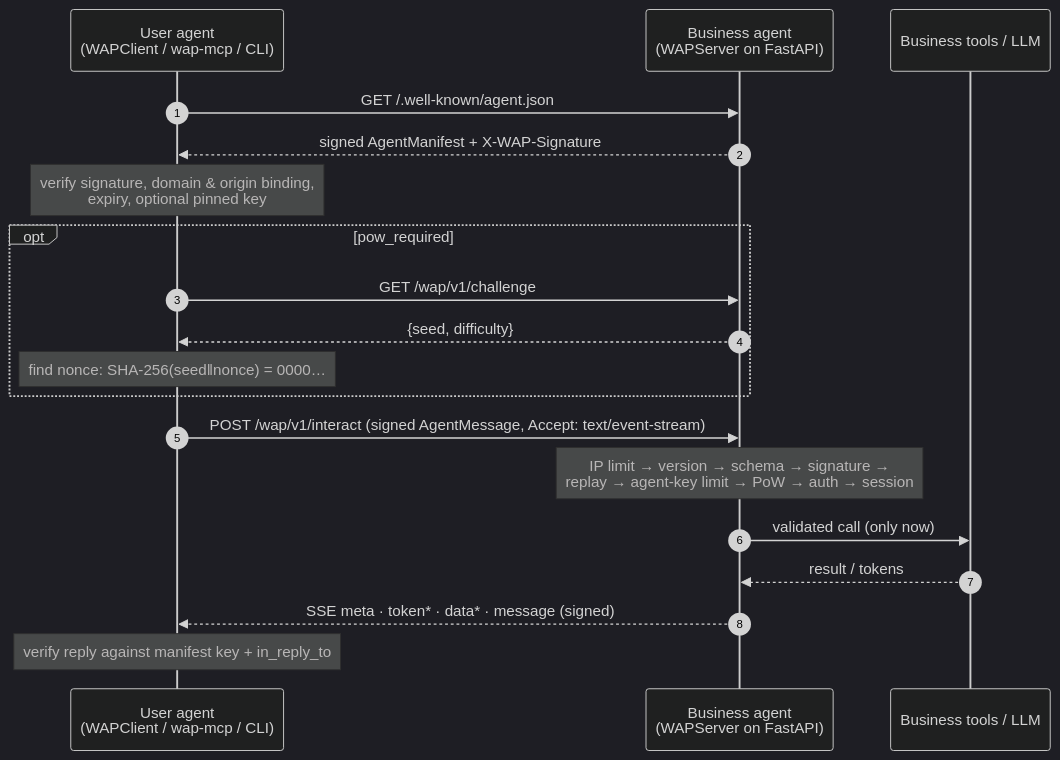
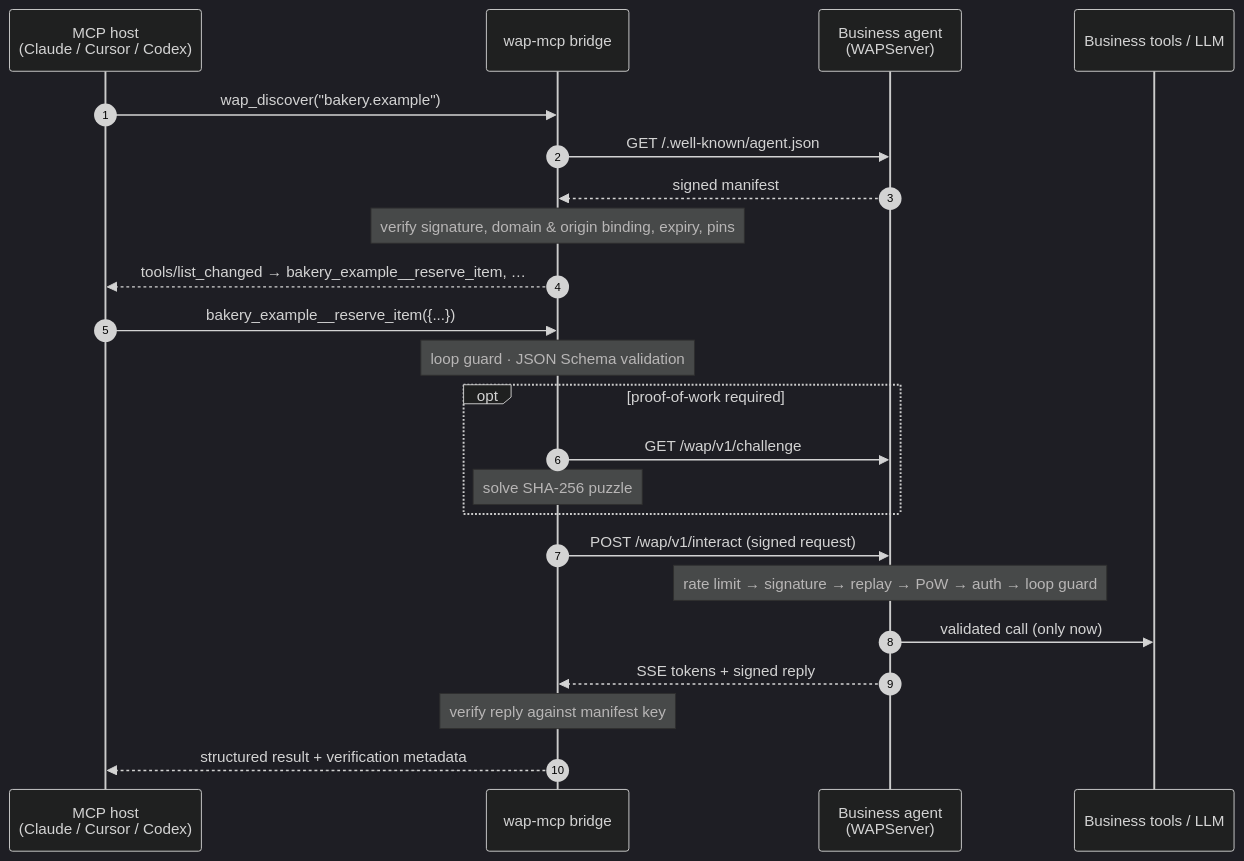
The diagram in README.md (varadganjoo/WebAgent-Protocol), drawn with Mermaid (dark theme) before and after one commit. The commit also changed other lines of this file and 13 other files, not shown here.

````diff
--- a/README.md
+++ b/README.md
@@ -50,22 +192,26 @@
 ```mermaid
 sequenceDiagram
     autonumber
-    participant U as User agent<br/>(WAPClient / wap-mcp / CLI)
-    participant B as Business agent<br/>(WAPServer on FastAPI)
+    participant H as MCP host<br/>(Claude / Cursor / Codex)
+    participant Br as wap-mcp bridge
+    participant B as Business agent<br/>(WAPServer)
     participant T as Business tools / LLM
 
-    U->>B: GET /.well-known/agent.json
-    B-->>U: signed AgentManifest + X-WAP-Signature
-    Note over U: verify signature, domain & origin binding,<br/>expiry, optional pinned key
-    opt pow_required
-        U->>B: GET /wap/v1/challenge
-        B-->>U: {seed, difficulty}
-        Note over U: find nonce: SHA-256(seed‖nonce) = 0000…
+    H->>Br: wap_discover("bakery.example")
+    Br->>B: GET /.well-known/agent.json
+    B-->>Br: signed manifest
+    Note over Br: verify signature, domain & origin binding, expiry, pins
+    Br-->>H: tools/list_changed → bakery_example__reserve_item, …
+    H->>Br: bakery_example__reserve_item({...})
+    Note over Br: loop guard · JSON Schema validation
+    opt proof-of-work required
+        Br->>B: GET /wap/v1/challenge
+        Note over Br: solve SHA-256 puzzle
     end
-    U->>B: POST /wap/v1/interact (signed AgentMessage, Accept: text/event-stream)
-    Note over B: IP limit → version → schema → signature →<br/>replay → agent-key limit → PoW → auth → session
+    Br->>B: POST /wap/v1/interact (signed request)
+    Note over B: rate limit → signature → replay → PoW → auth → loop guard
     B->>T: validated call (only now)
-    T-->>B: result / tokens
-    B-->>U: SSE meta · token* · data* · message (signed)
-    Note over U: verify reply against manifest key + in_reply_to
+    B-->>Br: SSE tokens + signed reply
+    Note over Br: verify reply against manifest key
+    Br-->>H: structured result + verification metadata
 ```
````
